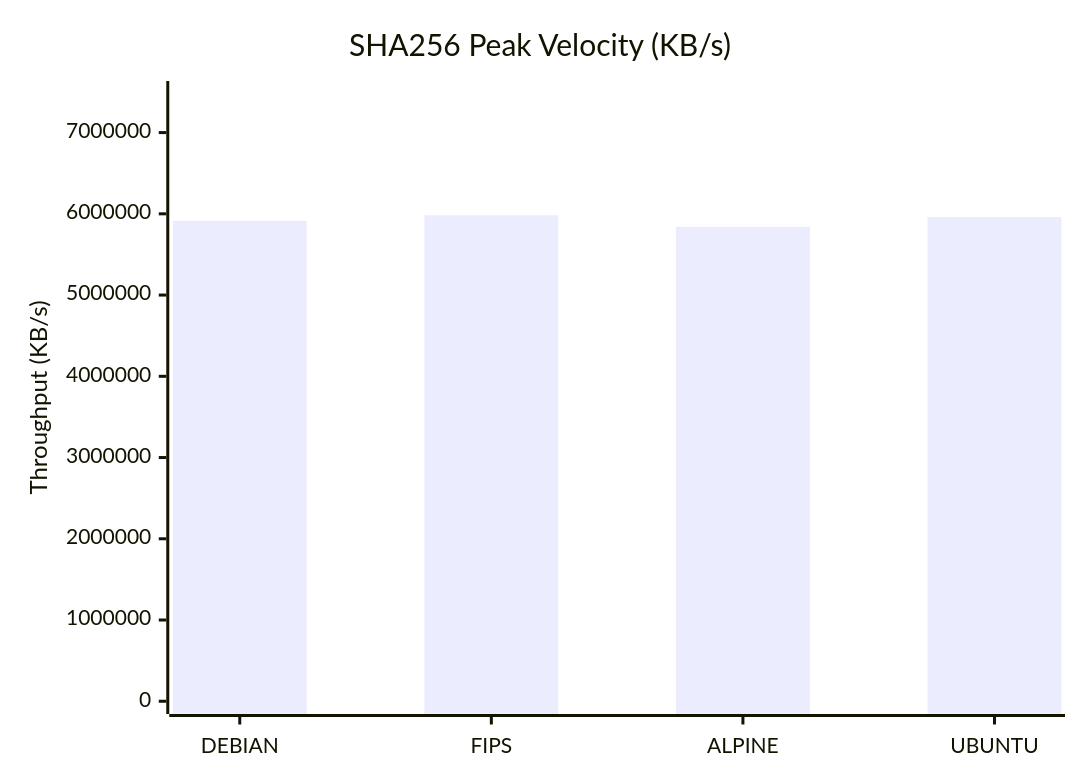
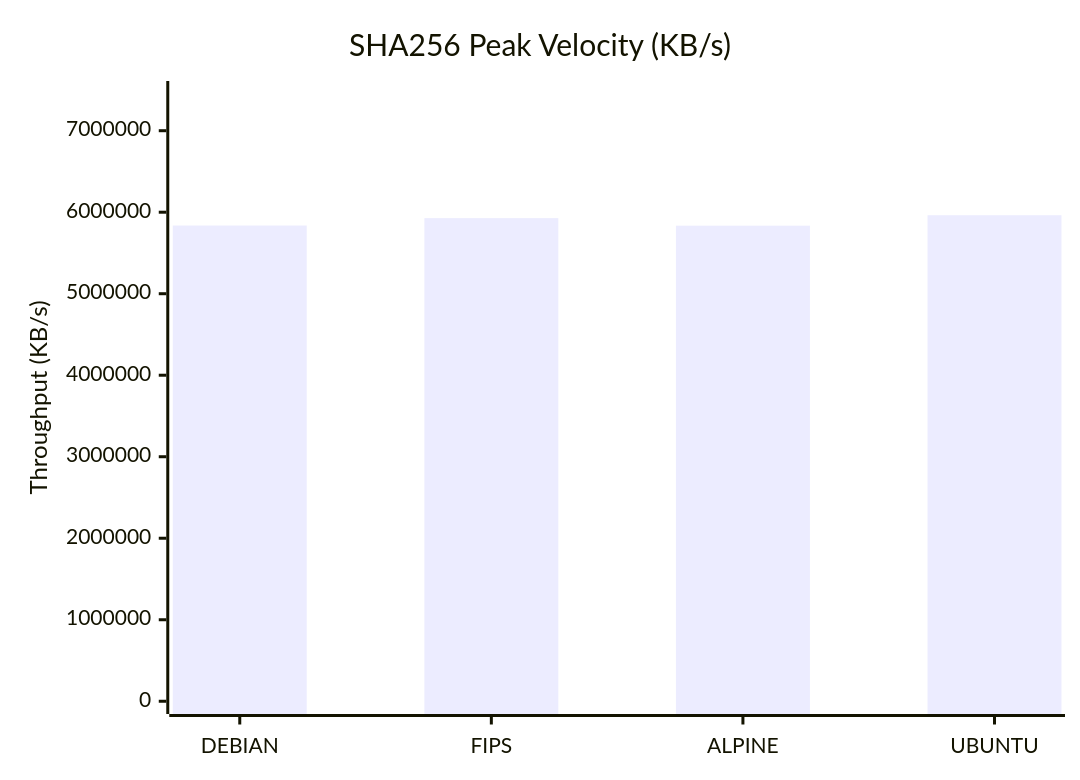
The second of 9 diagrams in docs/Comparison_Report.md (taha2samy/openssl_fips), drawn with Mermaid before and after one commit. The commit also changed other lines of this file and 2 other files, not shown here.

````diff
--- a/docs/Comparison_Report.md
+++ b/docs/Comparison_Report.md
@@ -65,7 +65,7 @@
 ```mermaid
 xychart-beta
     title "SHA256 Peak Velocity (KB/s)"
     x-axis [DEBIAN, FIPS, ALPINE, UBUNTU]
-    y-axis "Throughput (KB/s)" 0 --> 7478108
-    bar [5913600.0, 5982486.53, 5839921.15, 5961670.66]
+    y-axis "Throughput (KB/s)" 0 --> 7453419
+    bar [5836808.19, 5927108.61, 5835030.53, 5962735.62]
 ```
````
